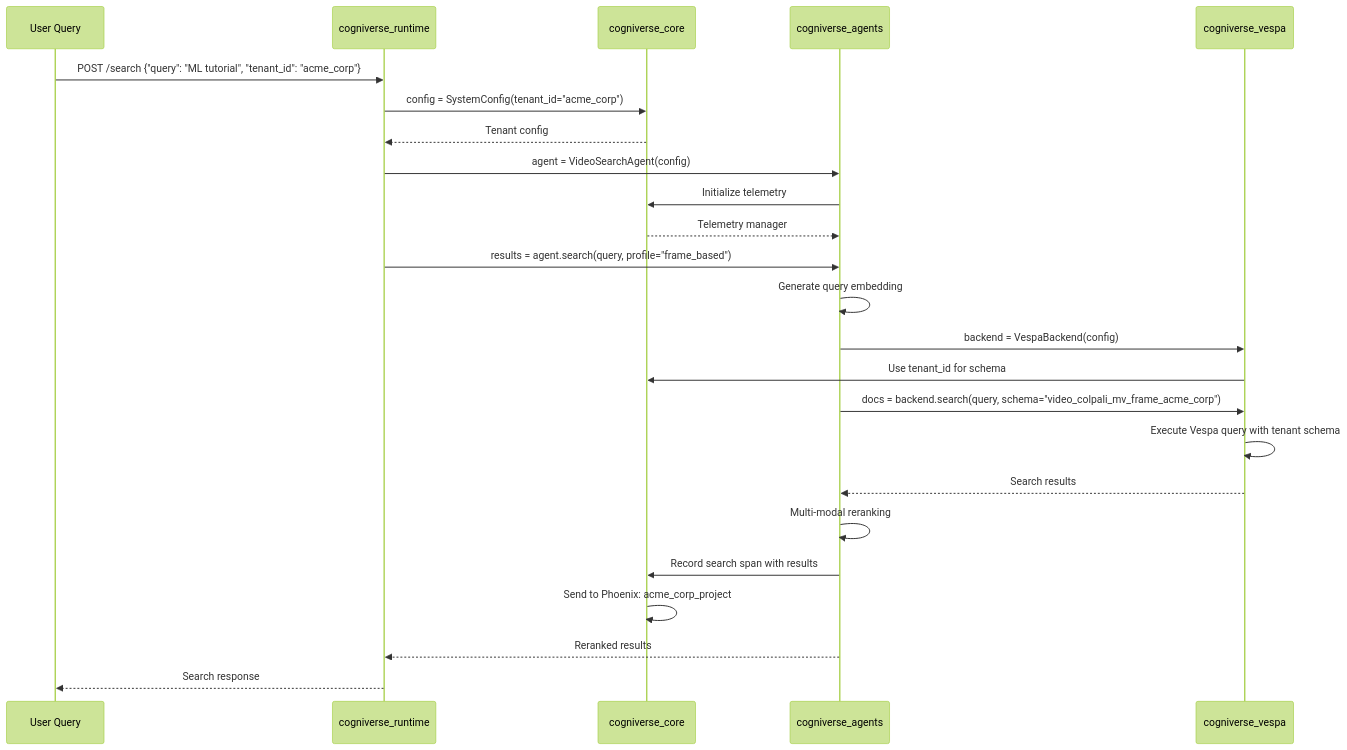
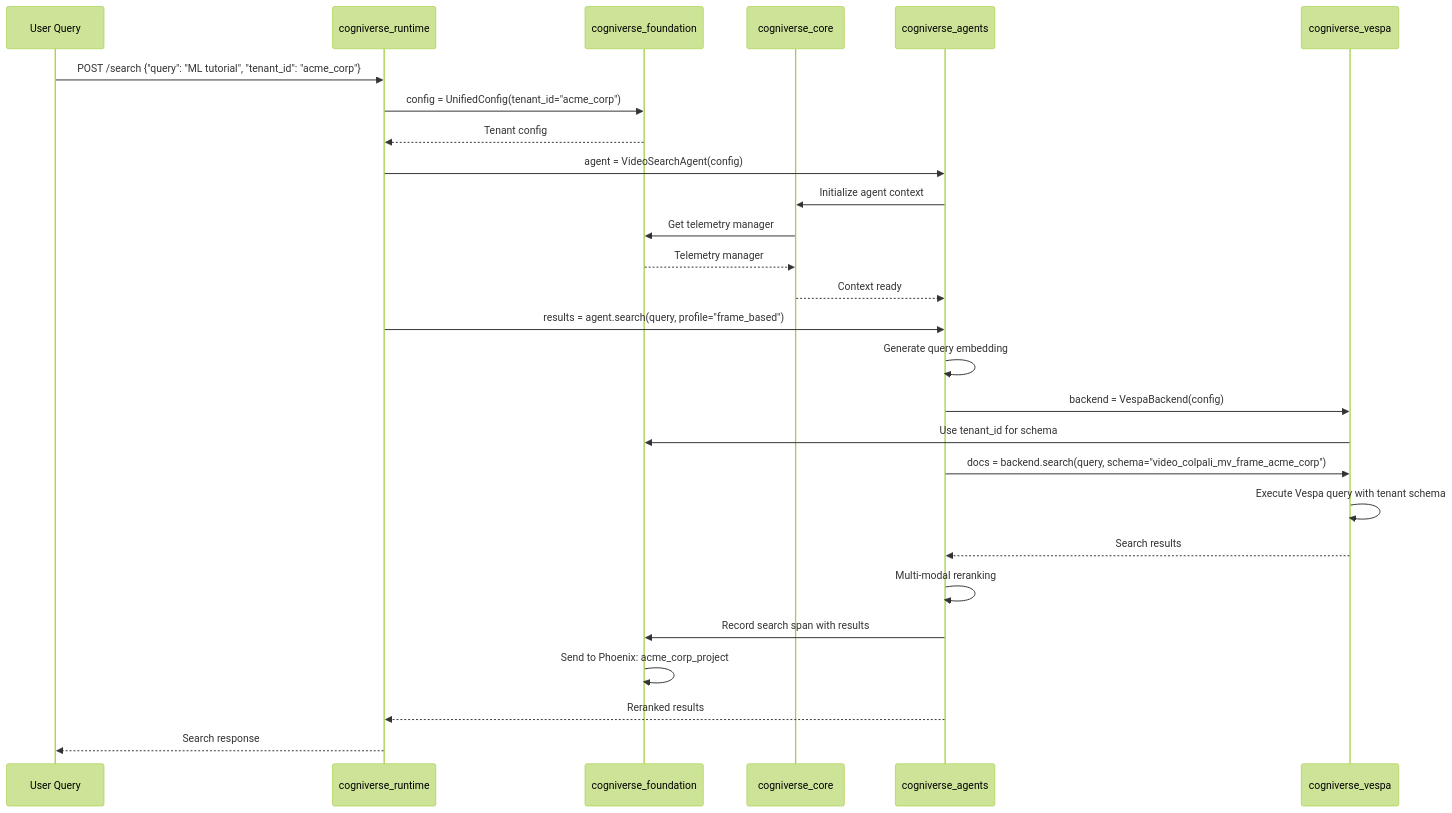
The tenth of 17 diagrams in docs/diagrams/sdk-architecture-diagrams.md (amit-jain/cogniverse), drawn with Mermaid (forest theme) before and after one commit. The commit also changed other lines of this file and 49 other files, not shown here.

First line of the commit message:
Update all documentation to reflect 10-package architecture

````diff
--- a/docs/diagrams/sdk-architecture-diagrams.md
+++ b/docs/diagrams/sdk-architecture-diagrams.md
@@ -348,35 +508,38 @@
 ```mermaid
 sequenceDiagram
     participant User as User Query
     participant Runtime as cogniverse_runtime
+    participant Foundation as cogniverse_foundation
     participant Core as cogniverse_core
     participant Agents as cogniverse_agents
     participant Vespa as cogniverse_vespa
 
     User->>Runtime: POST /search {"query": "ML tutorial", "tenant_id": "acme_corp"}
 
-    Runtime->>Core: config = SystemConfig(tenant_id="acme_corp")
-    Core-->>Runtime: Tenant config
+    Runtime->>Foundation: config = UnifiedConfig(tenant_id="acme_corp")
+    Foundation-->>Runtime: Tenant config
 
     Runtime->>Agents: agent = VideoSearchAgent(config)
-    Agents->>Core: Initialize telemetry
-    Core-->>Agents: Telemetry manager
+    Agents->>Core: Initialize agent context
+    Core->>Foundation: Get telemetry manager
+    Foundation-->>Core: Telemetry manager
+    Core-->>Agents: Context ready
 
     Runtime->>Agents: results = agent.search(query, profile="frame_based")
 
     Agents->>Agents: Generate query embedding
 
     Agents->>Vespa: backend = VespaBackend(config)
-    Vespa->>Core: Use tenant_id for schema
+    Vespa->>Foundation: Use tenant_id for schema
 
     Agents->>Vespa: docs = backend.search(query, schema="video_colpali_mv_frame_acme_corp")
     Vespa->>Vespa: Execute Vespa query with tenant schema
     Vespa-->>Agents: Search results
 
     Agents->>Agents: Multi-modal reranking
-    Agents->>Core: Record search span with results
-    Core->>Core: Send to Phoenix: acme_corp_project
+    Agents->>Foundation: Record search span with results
+    Foundation->>Foundation: Send to Phoenix: acme_corp_project
 
     Agents-->>Runtime: Reranked results
     Runtime-->>User: Search response
 ```
````
